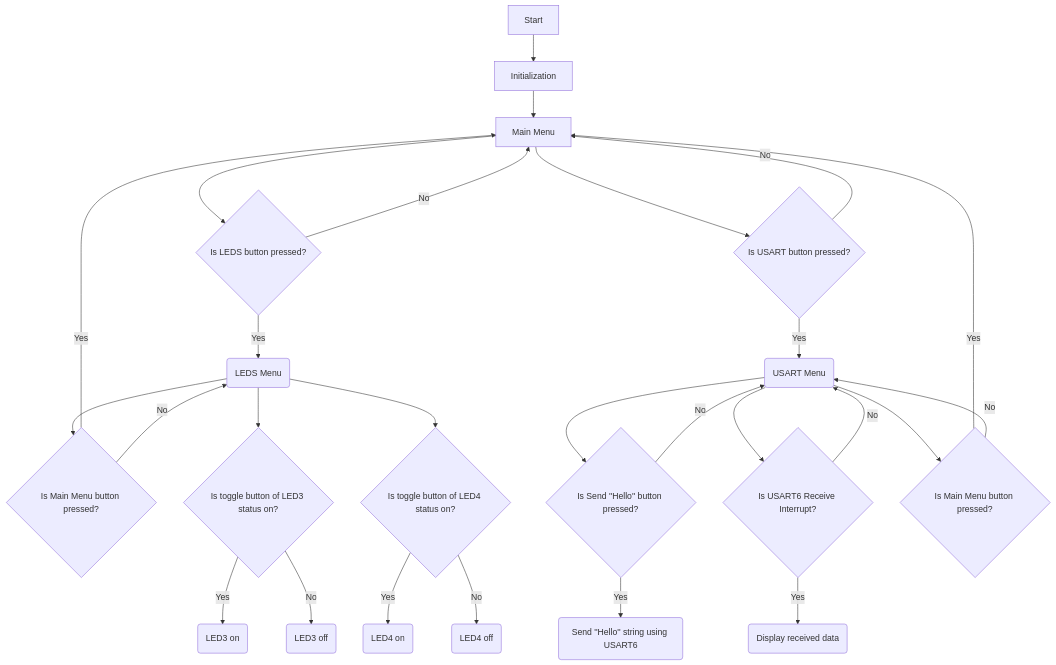
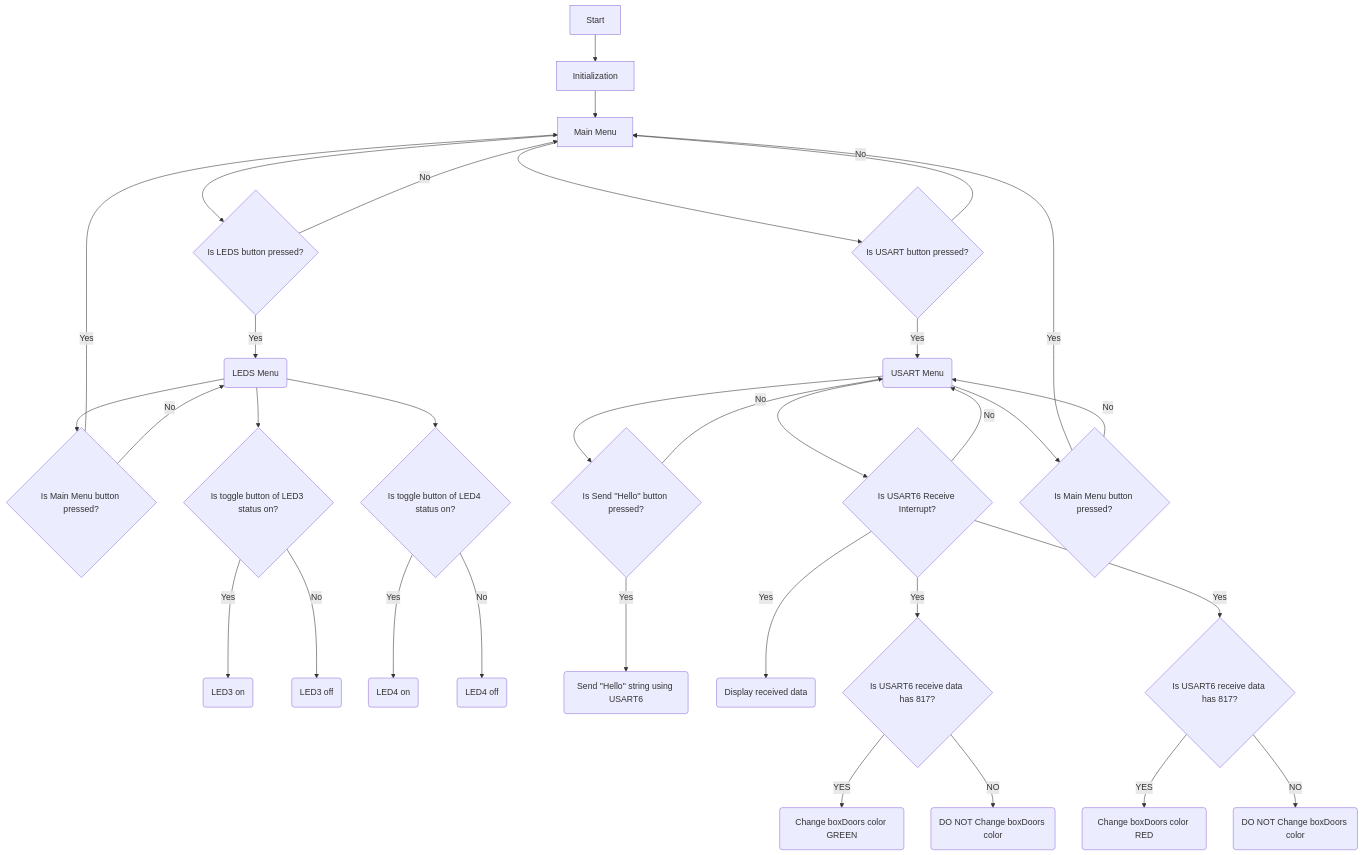
The diagram in README.md (aerogluMU/STM32F469I-DISCO-LFT-SCREEN), drawn with Mermaid before and after one commit.

Commit message:
Updated FlowChart

````diff
--- a/README.md
+++ b/README.md
@@ -31,29 +31,35 @@
 ```mermaid
 graph TD
     A[Start] --> B[Initialization]
     B --> C[Main Menu]
     C --> D{Is LEDS button pressed?}
     C --> E{Is USART button pressed?}
     D --> |Yes| F(LEDS Menu)
     D --> |No| C
     F --> G{Is Main Menu button pressed?}
     F --> H{Is toggle button of LED3 status on?}
     F --> K{Is toggle button of LED4 status on?}
     G --> |Yes| C
     G --> |No| F
     H --> |Yes| HYES(LED3 on)
     H --> |No| HNO(LED3 off)
     K --> |Yes| KYES(LED4 on)
     K --> |No| KNO(LED4 off)
     E --> |Yes| U(USART Menu)
     E --> |No| C
     U --> L{Is Send ''Hello'' button pressed?}
     U --> M{Is USART6 Receive Interrupt?}
     U --> N{Is Main Menu button pressed?}
     N --> |Yes| C
     N --> |No| U
     L --> |Yes| LYES(Send ''Hello'' string using USART6)
     L --> |No| U
     M --> |Yes| MYES(Display received data)
     M --> |No| U
+    M --> |Yes| BOX817{Is USART6 receive data has 817?}
+    BOX817 --> |YES| BOX817YES(Change boxDoors color GREEN)
+    BOX817 --> |NO| BOX817NO(DO NOT Change boxDoors color)
+    M --> |Yes| BOX818{Is USART6 receive data has 817?}
+    BOX818 --> |YES| BOX818YES(Change boxDoors color RED)
+    BOX818 --> |NO| BOX818NO(DO NOT Change boxDoors color)
 ```
````
